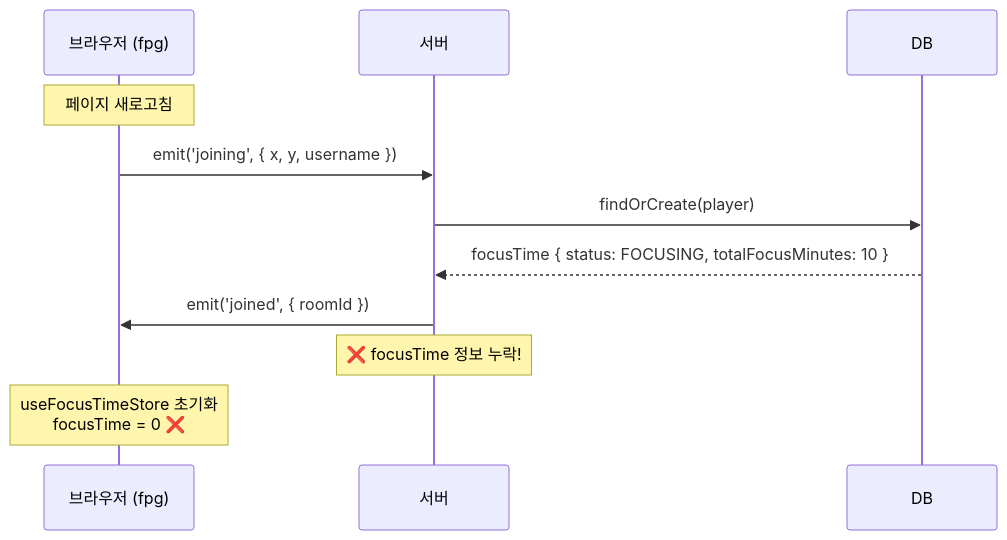
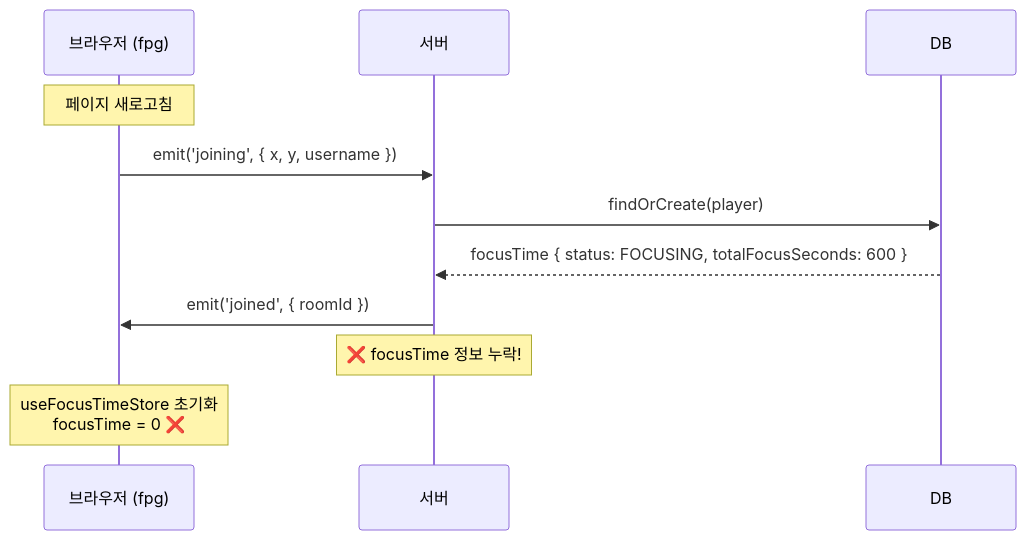
One commit to boostcampwm2025/web19-estrogenquattro changed the seventh of 10 diagrams in docs/reference/FOCUS_TIME.md. Above: the diagram before and after it, drawn with Mermaid. The commit also changed other lines of this file and 24 other files, not shown here.

````diff
--- a/docs/reference/FOCUS_TIME.md
+++ b/docs/reference/FOCUS_TIME.md
@@ -171,17 +171,17 @@
 ```mermaid
 sequenceDiagram
     participant Browser as 브라우저 (fpg)
     participant Server as 서버
     participant DB as DB
 
     Note over Browser: 페이지 새로고침
     Browser->>Server: emit('joining', { x, y, username })
 
     Server->>DB: findOrCreate(player)
-    DB-->>Server: focusTime { status: FOCUSING, totalFocusMinutes: 10 }
+    DB-->>Server: focusTime { status: FOCUSING, totalFocusSeconds: 600 }
 
     Server->>Browser: emit('joined', { roomId })
     Note over Server: ❌ focusTime 정보 누락!
 
     Note over Browser: useFocusTimeStore 초기화<br/>focusTime = 0 ❌
 ```
````
